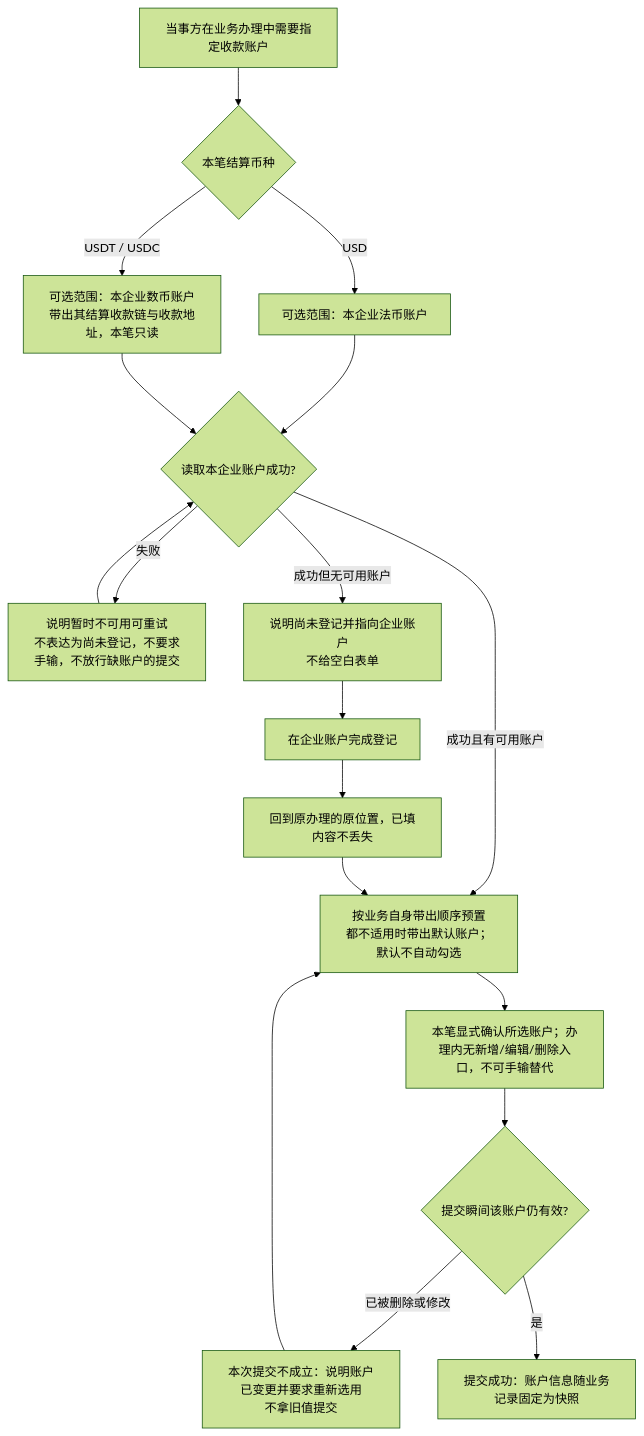
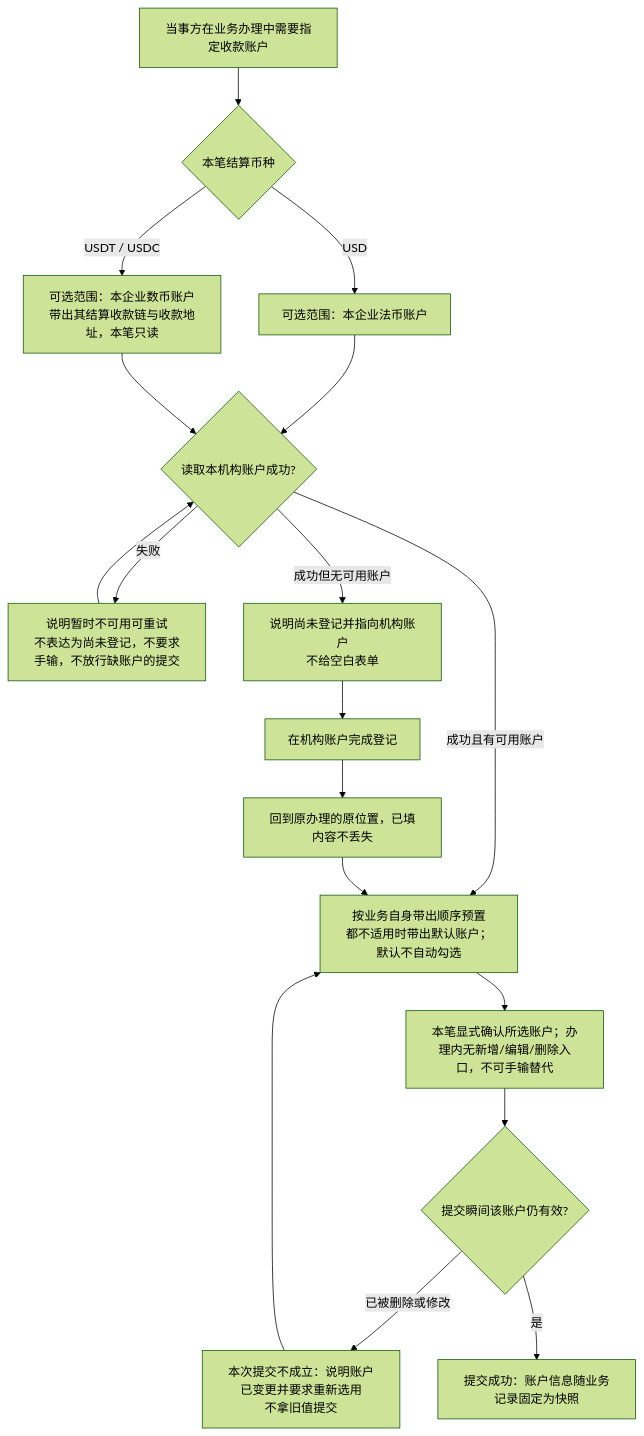
The fifth of 7 diagrams in lending-platform/PRD/v1.0-企业账户/02-企业账户-流程图与状态机.md (wxblockchain/Chain-Financing), drawn with Mermaid (forest theme) before and after one commit. The commit also changed other lines of this file and 29 other files, not shown here.

````diff
--- a/lending-platform/PRD/v1.0-企业账户/02-企业账户-流程图与状态机.md
+++ b/lending-platform/PRD/v1.0-企业账户/02-企业账户-流程图与状态机.md
@@ -123,20 +123,20 @@
 ```mermaid
 flowchart TD
     A[当事方在业务办理中需要指定收款账户] --> B{本笔结算币种}
     B -->|USD| C[可选范围：本企业法币账户]
     B -->|USDT / USDC| D[可选范围：本企业数币账户<br/>带出其结算收款链与收款地址，本笔只读]
-    C --> E{读取本企业账户成功?}
+    C --> E{读取本机构账户成功?}
     D --> E
     E -->|失败| F[说明暂时不可用可重试<br/>不表达为尚未登记，不要求手输，不放行缺账户的提交]
     F --> E
-    E -->|成功但无可用账户| G[说明尚未登记并指向企业账户<br/>不给空白表单]
-    G --> H[在企业账户完成登记]
+    E -->|成功但无可用账户| G[说明尚未登记并指向机构账户<br/>不给空白表单]
+    G --> H[在机构账户完成登记]
     H --> I[回到原办理的原位置，已填内容不丢失]
     E -->|成功且有可用账户| J[按业务自身带出顺序预置<br/>都不适用时带出默认账户；默认不自动勾选]
     I --> J
     J --> K[本笔显式确认所选账户；办理内无新增/编辑/删除入口，不可手输替代]
     K --> L{提交瞬间该账户仍有效?}
     L -->|已被删除或修改| M[本次提交不成立：说明账户已变更并要求重新选用<br/>不拿旧值提交]
     M --> J
     L -->|是| N[提交成功：账户信息随业务记录固定为快照]
 ```
````
